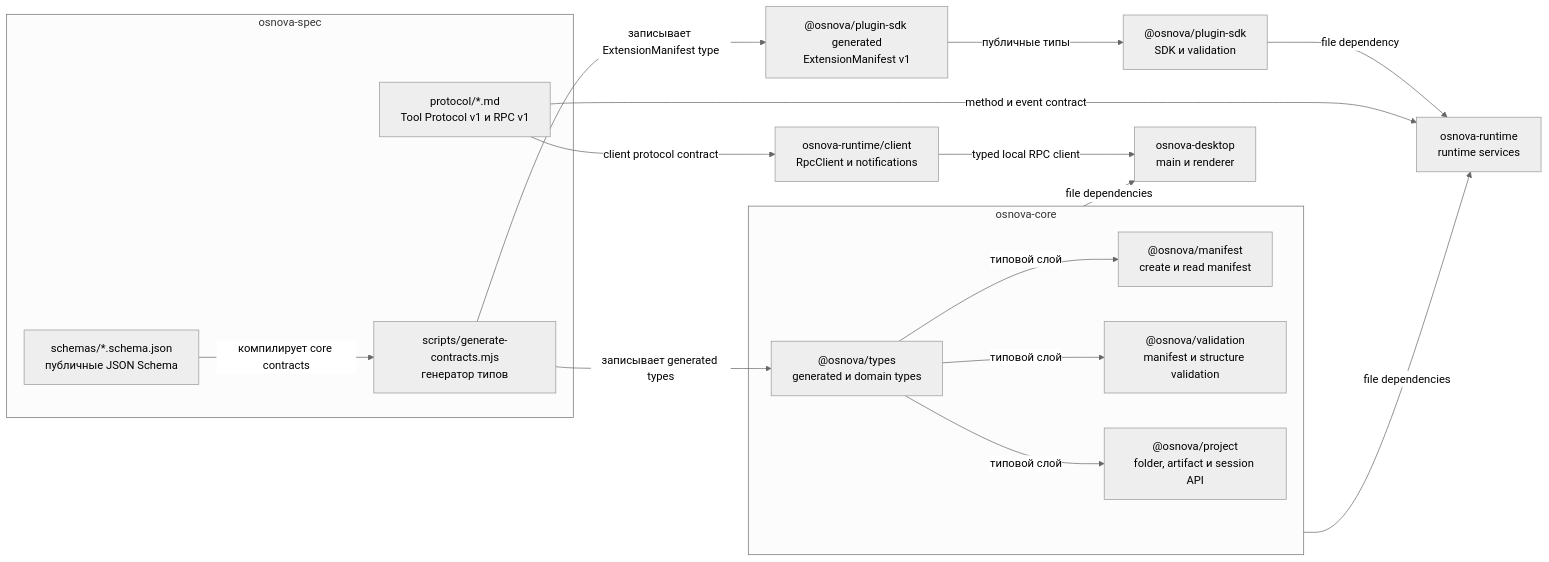
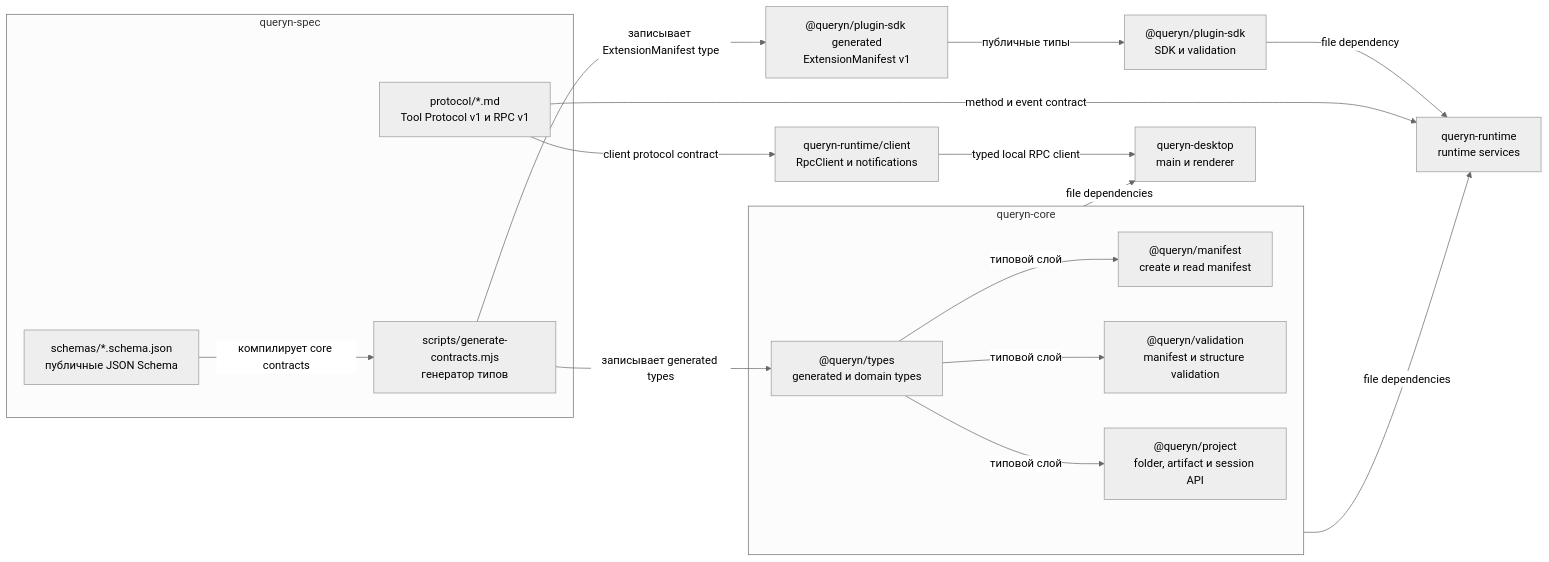
The fifth of 5 diagrams in docs/architecture/system.md (Queryn-labs/queryn-docs), drawn with Mermaid (neutral theme) before and after one commit. The commit also changed other lines of this file and 48 other files, not shown here.

````diff
--- a/docs/architecture/system.md
+++ b/docs/architecture/system.md
@@ -299,35 +299,35 @@
 ```mermaid
 flowchart LR
-  subgraph SpecContracts["osnova-spec"]
+  subgraph SpecContracts["queryn-spec"]
     Schemas["schemas/*.schema.json<br/>публичные JSON Schema"]
     Protocols["protocol/*.md<br/>Tool Protocol v1 и RPC v1"]
     Generator["scripts/generate-contracts.mjs<br/>генератор типов"]
   end
 
-  subgraph CorePackages["osnova-core"]
-    CoreTypes["@osnova/types<br/>generated и domain types"]
-    ManifestPackage["@osnova/manifest<br/>create и read manifest"]
-    ValidationPackage["@osnova/validation<br/>manifest и structure validation"]
-    ProjectPackage["@osnova/project<br/>folder, artifact и session API"]
+  subgraph CorePackages["queryn-core"]
+    CoreTypes["@queryn/types<br/>generated и domain types"]
+    ManifestPackage["@queryn/manifest<br/>create и read manifest"]
+    ValidationPackage["@queryn/validation<br/>manifest и structure validation"]
+    ProjectPackage["@queryn/project<br/>folder, artifact и session API"]
   end
 
-  SdkTypes["@osnova/plugin-sdk generated<br/>ExtensionManifest v1"]
-  PluginSdk["@osnova/plugin-sdk<br/>SDK и validation"]
-  Runtime["osnova-runtime<br/>runtime services"]
-  RuntimeClient["osnova-runtime/client<br/>RpcClient и notifications"]
-  Desktop["osnova-desktop<br/>main и renderer"]
+  SdkTypes["@queryn/plugin-sdk generated<br/>ExtensionManifest v1"]
+  PluginSdk["@queryn/plugin-sdk<br/>SDK и validation"]
+  Runtime["queryn-runtime<br/>runtime services"]
+  RuntimeClient["queryn-runtime/client<br/>RpcClient и notifications"]
+  Desktop["queryn-desktop<br/>main и renderer"]
 
   Schemas -->|компилирует core contracts| Generator
   Generator -->|записывает generated types| CoreTypes
   Generator -->|записывает ExtensionManifest type| SdkTypes
   CoreTypes -->|типовой слой| ManifestPackage
   CoreTypes -->|типовой слой| ValidationPackage
   CoreTypes -->|типовой слой| ProjectPackage
   SdkTypes -->|публичные типы| PluginSdk
   CorePackages -->|file dependencies| Runtime
   CorePackages -->|file dependencies| Desktop
   PluginSdk -->|file dependency| Runtime
   RuntimeClient -->|typed local RPC client| Desktop
   Protocols -->|method и event contract| Runtime
   Protocols -->|client protocol contract| RuntimeClient
 ```
````
